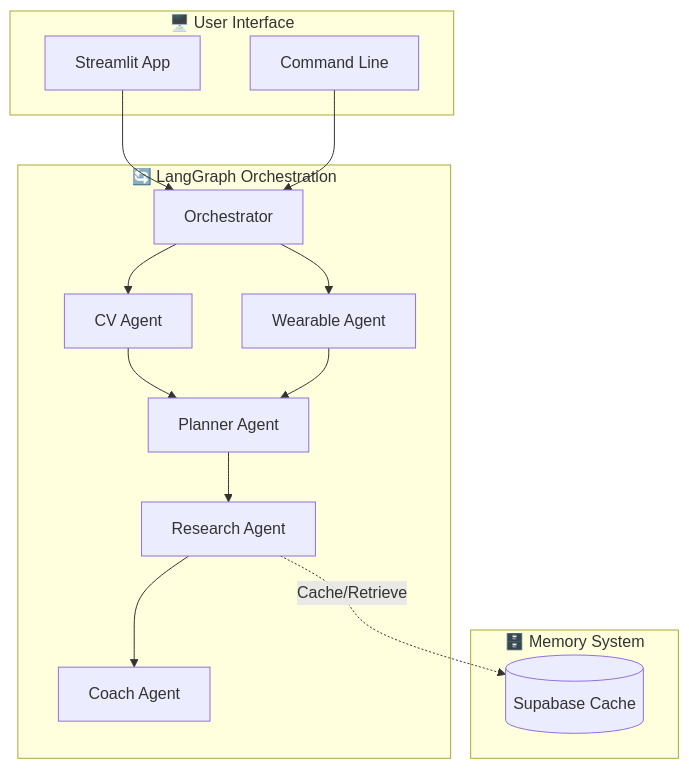
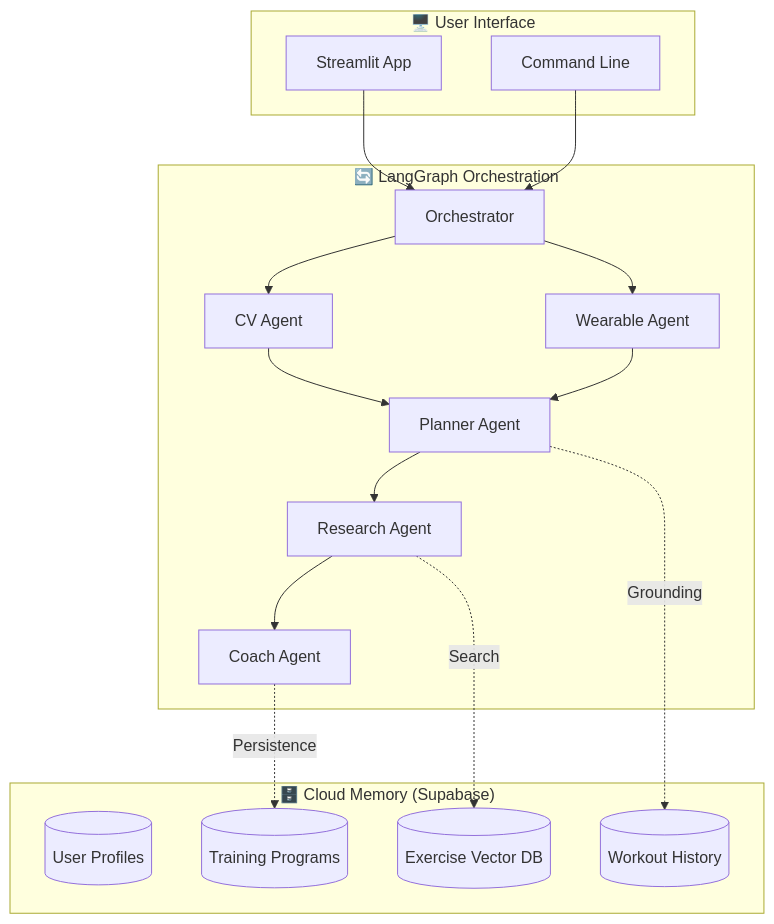
Before and after one commit to pankajshakya627/AthletixAI: the diagram in README.md, drawn with Mermaid. The commit also changed other lines of this file and 1 other file, not shown here.

Commit message:
docs: Update README and add semantic search verification script

````diff
--- a/README.md
+++ b/README.md
@@ -48,26 +47,31 @@
 ```mermaid
 flowchart TB
     subgraph UI["🖥️ User Interface"]
         ST[Streamlit App]
         CLI[Command Line]
     end
 
     subgraph Orchestration["🔄 LangGraph Orchestration"]
         ORC[Orchestrator]
         CV[CV Agent]
         WA[Wearable Agent]
         PA[Planner Agent]
         RA[Research Agent]
         CA[Coach Agent]
     end
 
-    subgraph Memory["🗄️ Memory System"]
-        CACHE[(Supabase Cache)]
+    subgraph Memory["🗄️ Cloud Memory (Supabase)"]
+        PROF[(User Profiles)]
+        PROG[(Training Programs)]
+        HIST[(Workout History)]
+        VEC[(Exercise Vector DB)]
     end
 
     ST & CLI --> ORC
     ORC --> CV & WA --> PA
     PA --> RA
     RA --> CA
-    RA -.->|Cache/Retrieve| CACHE
+    PA -.->|Grounding| HIST
+    RA -.->|Search| VEC
+    CA -.->|Persistence| PROG
 ```
````
